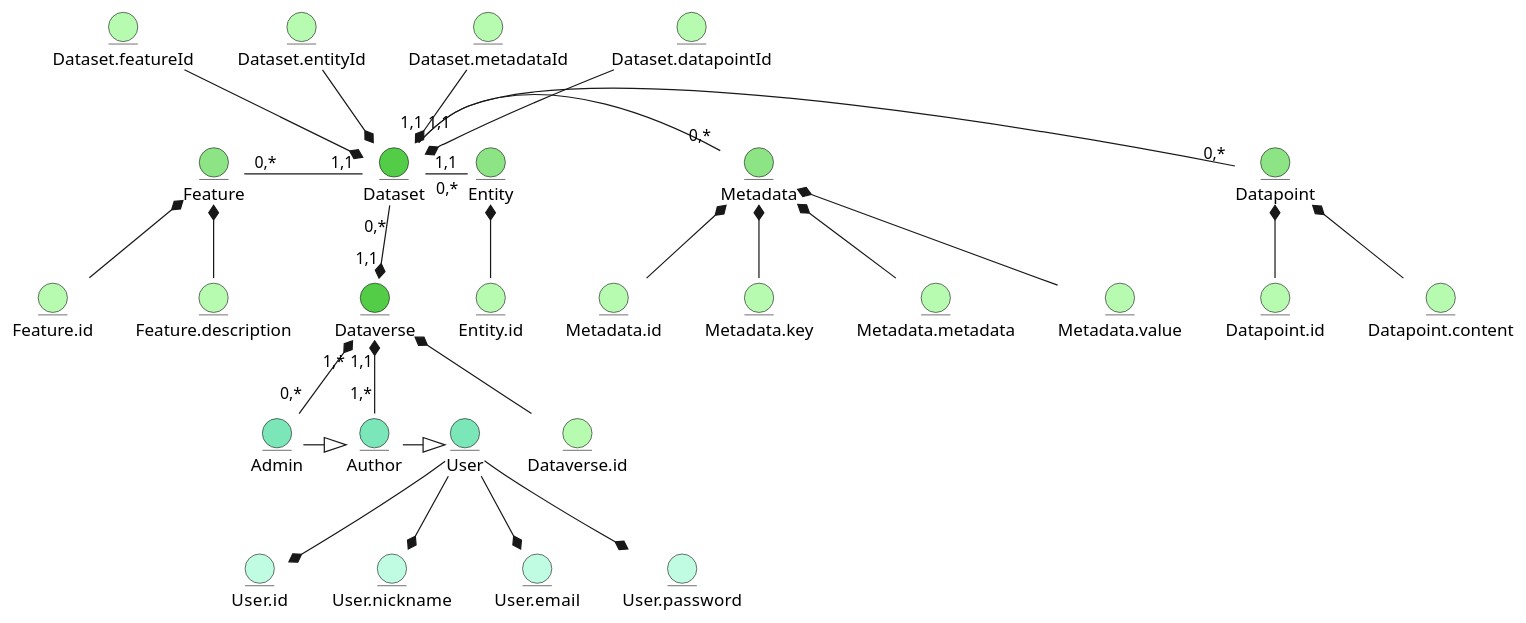
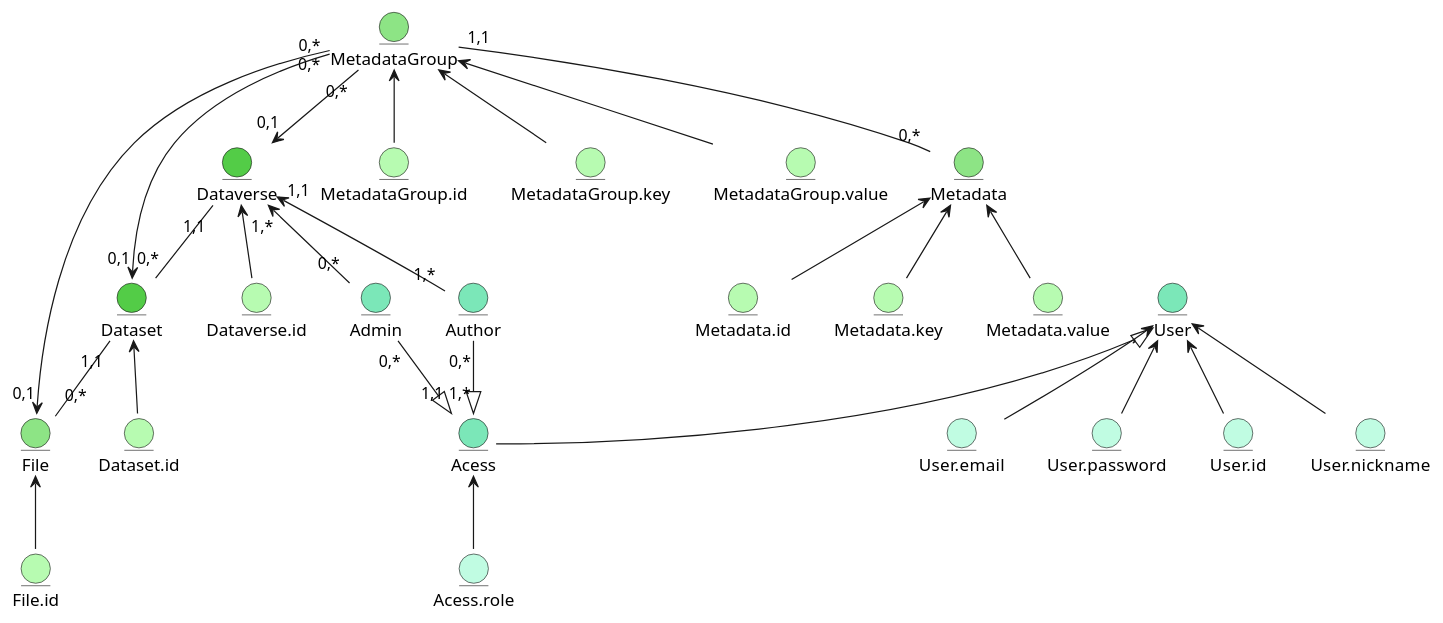
Before and after one commit to boldak/database_basics_template: the diagram in src/uml/ER_1.puml, drawn with PlantUML.

```diff
--- a/src/uml/ER_1.puml
+++ b/src/uml/ER_1.puml
@@ -1,72 +1,65 @@
 @startuml
 entity Dataverse #53CC47
 entity Dataverse.id #B7FBB1
 
 entity Dataset #53CC47
-entity Dataset.featureId #B7FBB1
-entity Dataset.entityId #B7FBB1
-entity Dataset.metadataId #B7FBB1
-entity Dataset.datapointId #B7FBB1
+entity Dataset.id #B7FBB1
 
-entity Datapoint #8DE485
-entity Datapoint.id #B7FBB1
-entity Datapoint.content #B7FBB1
+entity File #8DE485
+entity File.id #B7FBB1
+
+entity MetadataGroup #8DE485
+entity MetadataGroup.id #B7FBB1
+entity MetadataGroup.key #B7FBB1
+entity MetadataGroup.value #B7FBB1
 
 entity Metadata #8DE485
 entity Metadata.id #B7FBB1
 entity Metadata.key #B7FBB1
-entity Metadata.metadata #B7FBB1
 entity Metadata.value #B7FBB1
-
-entity Entity #8DE485
-entity Entity.id #B7FBB1
-
-entity Feature #8DE485
-entity Feature.id #B7FBB1
-entity Feature.description #B7FBB1
-
 
 entity Admin #7BE7B8
 entity Author #7BE7B8
 
 entity User #7BE7B8
 entity User.id #C0FCE2
 entity User.nickname #C0FCE2
 entity User.email #C0FCE2
 entity User.password #C0FCE2
 
-Dataverse *-- Dataverse.id
-Dataverse "1,*"*--"0,*" Admin
-Dataverse "1,1"*--"1,*" Author
-Dataverse "1,1"*-u-"0,*" Dataset
+entity Acess #7BE7B8
+entity Acess.role #C0FCE2
 
-Dataset "1,1"-r-"0,*" Datapoint
-Dataset "1,1"-r-"0,*" Metadata
-Dataset "1,1"-r-"0,*" Entity
-Dataset "1,1"-l-"0,*" Feature
+Dataverse <-- Dataverse.id
+Dataverse "1,*"<--"0,*" Admin
+Dataverse "1,1"<--"1,*" Author
+Dataverse "1,1"--"0,*" Dataset
 
-Feature *-- Feature.id
-Feature *-- Feature.description
 
-Entity *-- Entity.id
+MetadataGroup <-- MetadataGroup.id
+MetadataGroup <-- MetadataGroup.key
+MetadataGroup <-- MetadataGroup.value
 
-Metadata *-- Metadata.id
-Metadata *-- Metadata.key
-Metadata *-- Metadata.metadata
-Metadata *-- Metadata.value
+MetadataGroup "0,*"-->"0,1" File
+MetadataGroup "0,*"-->"0,1" Dataverse
+MetadataGroup "0,*"-->"0,1" Dataset
+MetadataGroup "1,1"--"0,*" Metadata
 
-Datapoint *-- Datapoint.id
-Datapoint *-- Datapoint.content
+Metadata <-- Metadata.id
+Metadata <-- Metadata.key
+Metadata <-- Metadata.value
 
-Dataset *-u- Dataset.datapointId
-Dataset *-u- Dataset.metadataId
-Dataset *-u- Dataset.entityId
-Dataset *-u- Dataset.featureId
+File <-- File.id
 
-Author -r-|> User
-Admin -r-|> Author
-User --* User.id
-User --* User.nickname
-User --* User.email
-User --* User.password
+Dataset <-- Dataset.id
+Dataset "1,1"--"0,*" File
+
+Author "0,*"--|>"1,*" Acess
+Admin "0,*"--|>"1,1" Acess
+User <|-- Acess
+Acess <-- Acess.role
+User <-- User.id
+User <-- User.nickname
+User <-- User.email
+User <-- User.password
 @enduml
```
